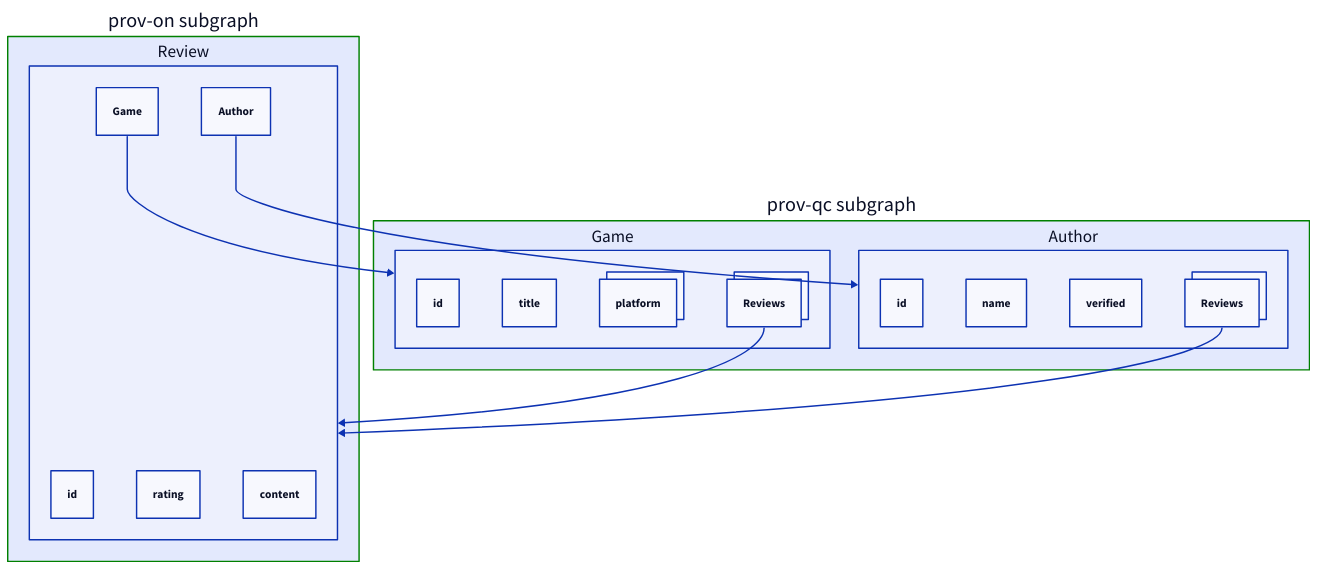
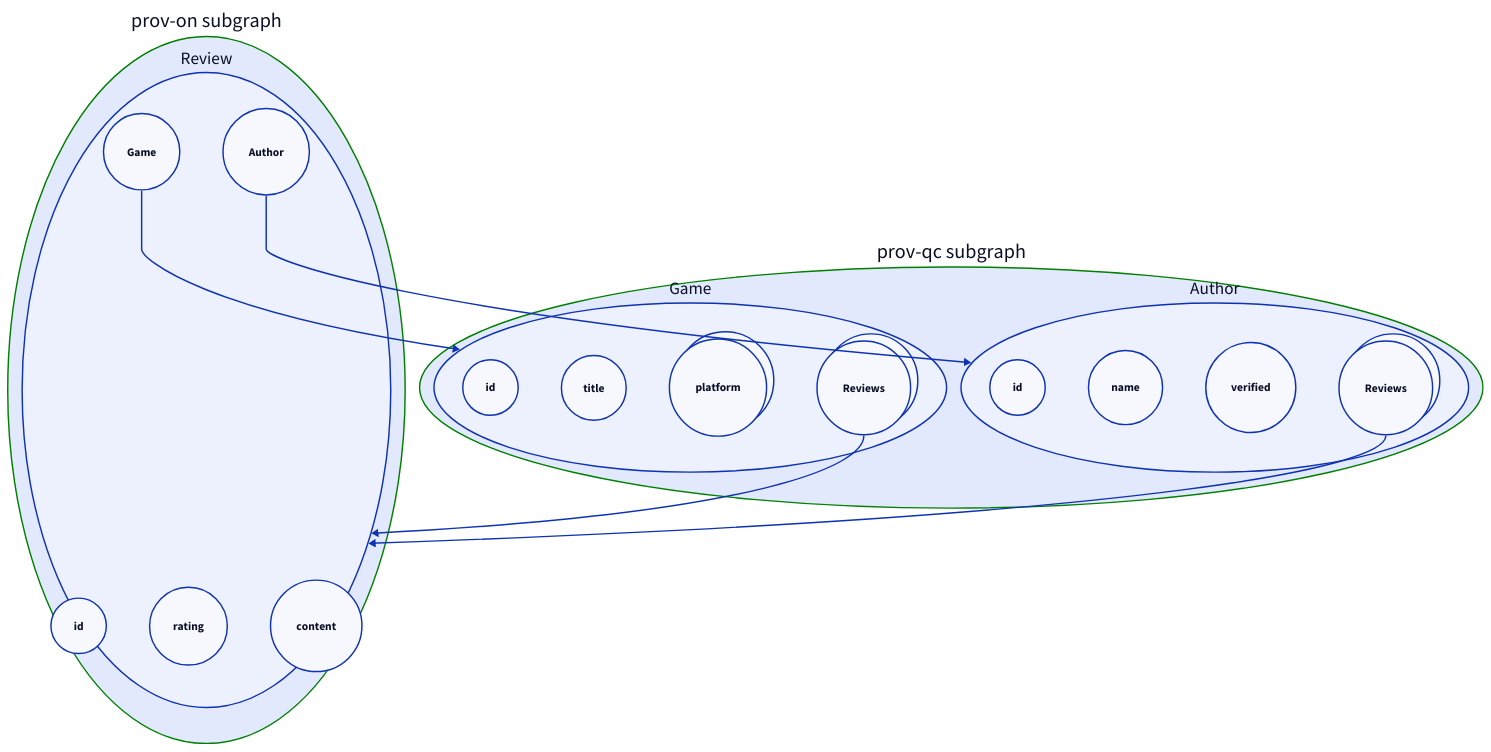
One commit to PHACDataHub/federated-graphql-ref-impl changed the diagram in docs/subgraphs.d2. Above: the diagram before and after it, drawn with D2. The commit also changed 6 other files, not shown here.

```diff
--- a/docs/subgraphs.d2
+++ b/docs/subgraphs.d2
@@ -1,41 +1,57 @@
 prov-on subgraph: {
-  #   shape: cloud
+  shape: circle
   style: {
     stroke: green
   }
   Review: {
+    shape: circle
     id: id
+    id.shape: circle
     rating: rating
+    rating.shape: circle
     content: content
+    content.shape: circle
     game: Game
+    game.shape: circle
     author: Author
+    author.shape: circle
   }
 }
 
 prov-qc subgraph: {
-  #   shape: cloud
+  shape: circle
   style: {
     stroke: green
   }
   Game: {
+    shape: circle
     id: id
+    id.shape: circle
     title: title
+    title.shape: circle
     platform: "platform"
+    platform.shape: circle
     platform.style.multiple: true
     reviews: "Reviews"
+    reviews.shape: circle
     reviews.style.multiple: true
   }
   Author: {
+    shape: circle
     id: id
+    id.shape: circle
     name: name
+    name.shape: circle
     verified: verified
+    verified.shape: circle
     reviews: "Reviews"
+    reviews.shape: circle
     reviews.style.multiple: true
   }
 }
 
 prov-on subgraph.Review.game -> prov-qc subgraph.Game
 prov-on subgraph.Review.author -> prov-qc subgraph.Author
 
 prov-qc subgraph.Game.reviews -> prov-on subgraph.Review
 prov-qc subgraph.Author.reviews -> prov-on subgraph.Review
```
